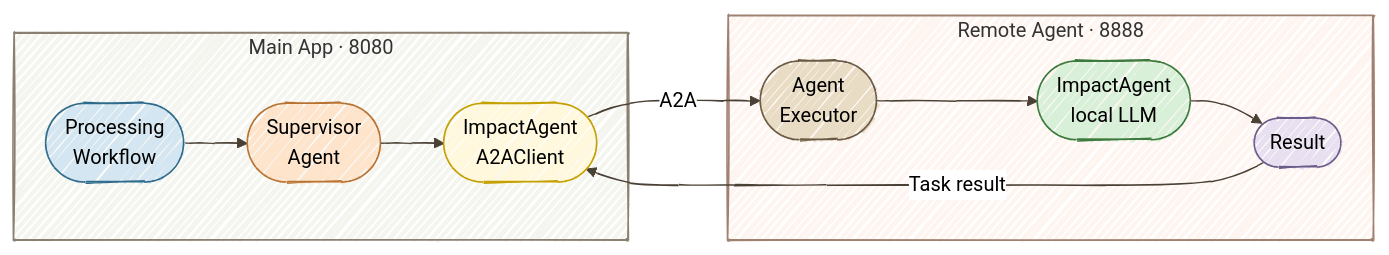
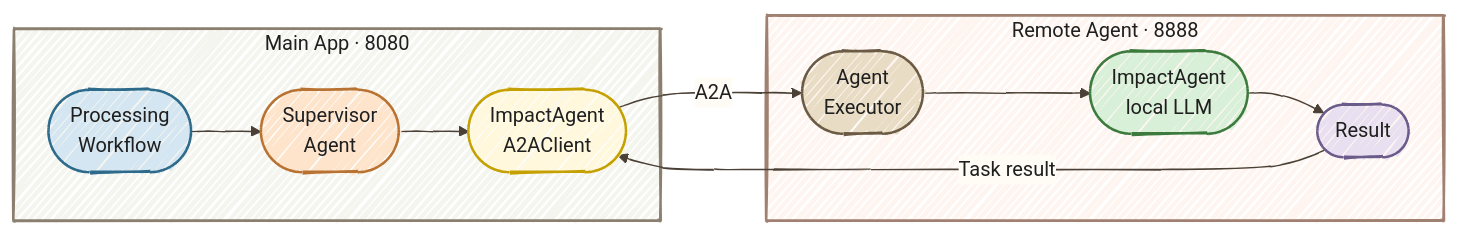
Before and after one commit to danieloh30/techxchange-2026-quarkus-bob-lab: the diagram in docs/07-a2a/START_HERE.md, drawn with Mermaid. The commit also changed 7 other files, not shown here.

Commit message:
Improve hand-drawn Mermaid readability in light and dark modes

````diff
--- a/docs/07-a2a/START_HERE.md
+++ b/docs/07-a2a/START_HERE.md
@@ -90,36 +90,36 @@
 ```mermaid
-%%{init: {'look':'handDrawn','theme':'neutral','themeVariables': {'lineColor':'#4A4035'}}}%%
+%%{init: {'look':'handDrawn','theme':'base','themeVariables': {'darkMode':false,'background':'#FFFCF5','primaryTextColor':'#1F1F1F','secondaryTextColor':'#1F1F1F','tertiaryTextColor':'#1F1F1F','textColor':'#1F1F1F','lineColor':'#4A4035','edgeLabelBackground':'#FFFCF5','clusterBkg':'#F5F5F0','clusterBorder':'#6B5B45','fontSize':'16px'},'flowchart': {'nodeSpacing':35,'rankSpacing':55,'padding':18}}}%%
 flowchart LR
     IPW(["Processing<br/>Workflow"])
     ISA(["Supervisor<br/>Agent"])
     IA(["ImpactAgent<br/>A2AClient"])
     AE(["Agent<br/>Executor"])
     RIA(["ImpactAgent<br/>local LLM"])
     LLM([Result])
 
     subgraph main["Main App · 8080"]
         IPW
         ISA
         IA
     end
 
     subgraph remote["Remote Agent · 8888"]
         AE
         RIA
         LLM
     end
 
     IPW --> ISA --> IA
     IA -->|A2A| AE
     AE --> RIA --> LLM
     LLM -->|Task result| IA
 
-    style IPW fill:#D4E6F1,stroke:#2E6B8A
-    style ISA fill:#FFE4CC,stroke:#B87333
-    style IA fill:#FFF8DC,stroke:#C4A000
-    style AE fill:#E8DCC4,stroke:#6B5B45
-    style RIA fill:#D8F0D8,stroke:#3D7A3D
-    style LLM fill:#E8E0F0,stroke:#6B5B8A
-    style main fill:#F5F5F0,stroke:#8B8070
-    style remote fill:#FFF5F0,stroke:#A08070
+    style IPW fill:#D4E6F1,stroke:#2E6B8A,color:#1F1F1F,stroke-width:2px
+    style ISA fill:#FFE4CC,stroke:#B87333,color:#1F1F1F,stroke-width:2px
+    style IA fill:#FFF8DC,stroke:#C4A000,color:#1F1F1F,stroke-width:2px
+    style AE fill:#E8DCC4,stroke:#6B5B45,color:#1F1F1F,stroke-width:2px
+    style RIA fill:#D8F0D8,stroke:#3D7A3D,color:#1F1F1F,stroke-width:2px
+    style LLM fill:#E8E0F0,stroke:#6B5B8A,color:#1F1F1F,stroke-width:2px
+    style main fill:#F5F5F0,stroke:#8B8070,color:#1F1F1F,stroke-width:2px
+    style remote fill:#FFF5F0,stroke:#A08070,color:#1F1F1F,stroke-width:2px
 ```
````
